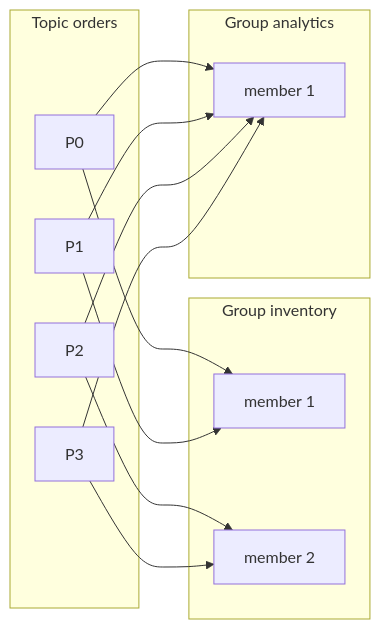
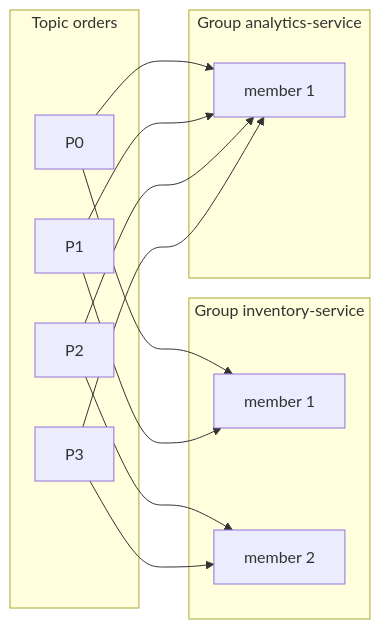
Before and after one commit to jubin-techwiz/learning: the second of 2 diagrams in notes/02-messaging/02-kafka/04-consumers-consumer-groups.md, drawn with Mermaid. The commit also changed other lines of this file and 37 other files, not shown here.

````diff
--- a/notes/02-messaging/02-kafka/04-consumers-consumer-groups.md
+++ b/notes/02-messaging/02-kafka/04-consumers-consumer-groups.md
@@ -43,24 +74,24 @@
 ```mermaid
 flowchart LR
     subgraph T[Topic orders]
         P0[P0]
         P1[P1]
         P2[P2]
         P3[P3]
     end
-    subgraph G1[Group inventory]
+    subgraph G1[Group inventory-service]
         I1[member 1]
         I2[member 2]
     end
-    subgraph G2[Group analytics]
+    subgraph G2[Group analytics-service]
         A1[member 1]
     end
     P0 --> I1
     P1 --> I1
     P2 --> I2
     P3 --> I2
     P0 --> A1
     P1 --> A1
     P2 --> A1
     P3 --> A1
 ```
````
